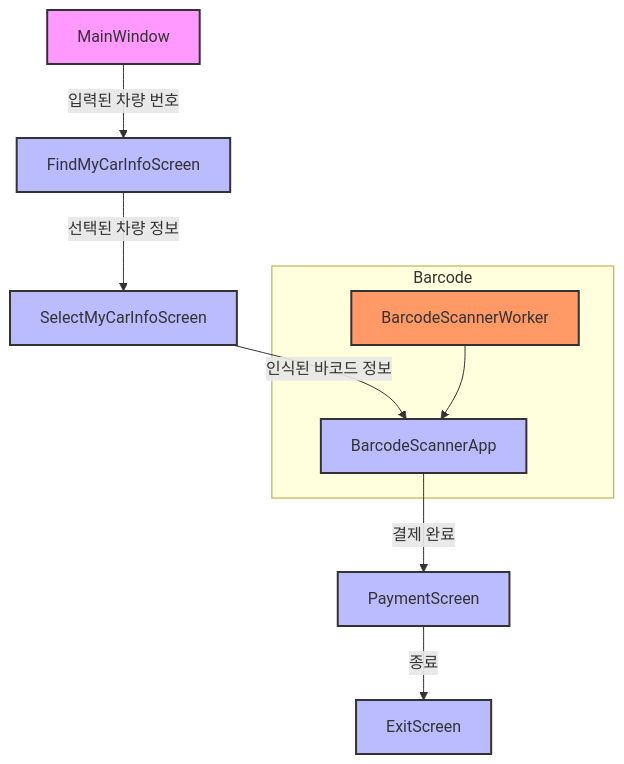
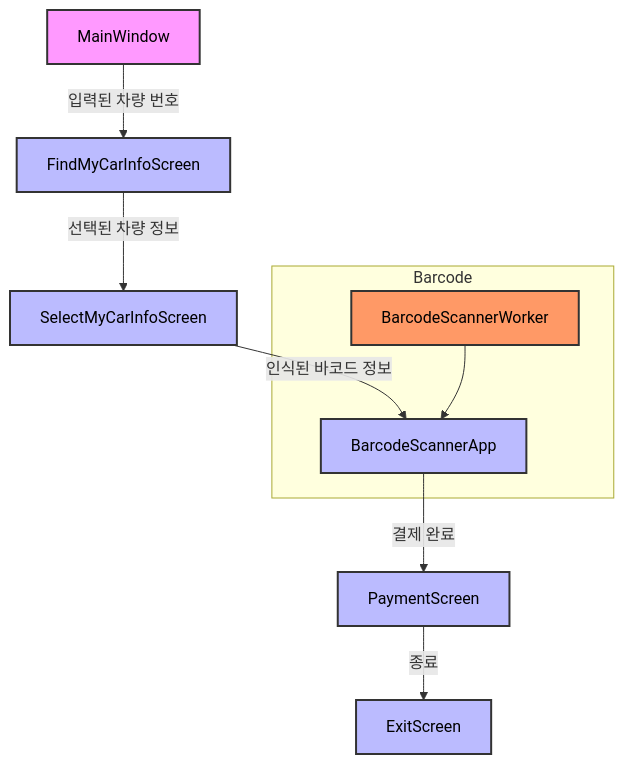
One commit to GooMinjae/ROKEY_starbucks_parking_payment changed the diagram in README.md. Above: the diagram before and after it, drawn with Mermaid.

Commit message:
스타일 변경

````diff
--- a/README.md
+++ b/README.md
@@ -4,20 +4,20 @@
 ```mermaid
 graph TD;
-    style A fill:#f9f,stroke:#333,stroke-width:2px;
-    style B fill:#bbf,stroke:#333,stroke-width:2px;
-    style C fill:#bbf,stroke:#333,stroke-width:2px;
-    style D fill:#bbf,stroke:#333,stroke-width:2px;
-    style E fill:#bbf,stroke:#333,stroke-width:2px;
-    style F fill:#bbf,stroke:#333,stroke-width:2px;
-    style H fill:#f96,stroke:#333,stroke-width:2px;
+    style A fill:#f9f,stroke:#333,stroke-width:2px,color:#000;
+    style B fill:#bbf,stroke:#333,stroke-width:2px,color:#000;
+    style C fill:#bbf,stroke:#333,stroke-width:2px,color:#000;
+    style D fill:#bbf,stroke:#333,stroke-width:2px,color:#000;
+    style E fill:#bbf,stroke:#333,stroke-width:2px,color:#000;
+    style F fill:#bbf,stroke:#333,stroke-width:2px,color:#000;
+    style H fill:#f96,stroke:#333,stroke-width:2px,color:#000;
 
     A[MainWindow] -->|입력된 차량 번호| B[FindMyCarInfoScreen]
     B -->|선택된 차량 정보| C[SelectMyCarInfoScreen]
     C -->|인식된 바코드 정보| D[BarcodeScannerApp]
     D -->|결제 완료| E[PaymentScreen]
     E -->|종료| F[ExitScreen]
     
     subgraph Barcode
         H[BarcodeScannerWorker] --> D
     end
 ```
````
